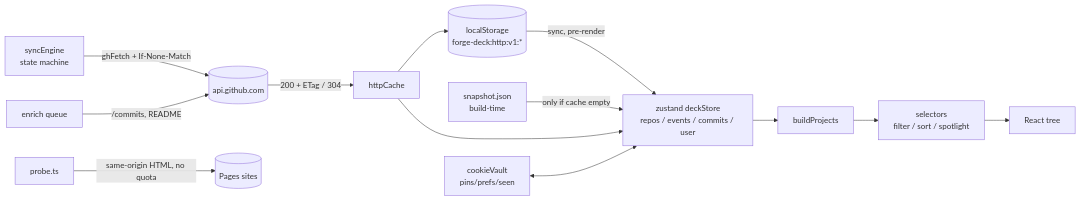
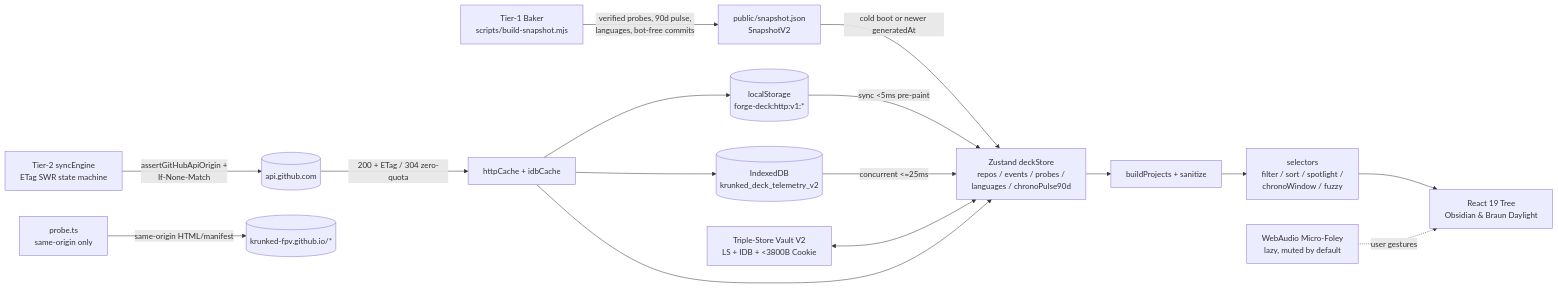
One commit to krunked-fpv/krunked-fpv.github.io changed the diagram in ARCHITECTURE.md. Above: the diagram before and after it, drawn with Mermaid. The commit also changed other lines of this file and 121 other files, not shown here.

````diff
--- a/ARCHITECTURE.md
+++ b/ARCHITECTURE.md
@@ -8,15 +9,18 @@
 ```mermaid
 flowchart LR
-  LS[(localStorage<br/>forge-deck:http:v1:*)] -->|sync, pre-render| STORE
-  SNAP[snapshot.json<br/>build-time] -->|only if cache empty| STORE
-  STORE[zustand deckStore<br/>repos / events / commits / user] --> BUILD[buildProjects]
-  BUILD --> SEL[selectors<br/>filter / sort / spotlight]
-  SEL --> UI[React tree]
-  SYNC[syncEngine<br/>state machine] -->|ghFetch + If-None-Match| GH[(api.github.com)]
-  GH -->|200 + ETag / 304| CACHE[httpCache]
+  CI[Tier-1 Baker<br/>scripts/build-snapshot.mjs] -->|verified probes, 90d pulse,<br/>languages, bot-free commits| SNAP[public/snapshot.json<br/>SnapshotV2]
+  LS[(localStorage<br/>forge-deck:http:v1:*)] -->|sync <5ms pre-paint| STORE
+  IDB[(IndexedDB<br/>krunked_deck_telemetry_v2)] -->|concurrent <=25ms| STORE
+  SNAP -->|cold boot or newer generatedAt| STORE
+  STORE[Zustand deckStore<br/>repos / events / probes /<br/>languages / chronoPulse90d] --> BUILD[buildProjects + sanitize]
+  BUILD --> SEL[selectors<br/>filter / sort / spotlight /<br/>chronoWindow / fuzzy]
+  SEL --> UI[React 19 Tree<br/>Obsidian & Braun Daylight]
+  SYNC[Tier-2 syncEngine<br/>ETag SWR state machine] -->|assertGitHubApiOrigin +<br/>If-None-Match| GH[(api.github.com)]
+  GH -->|200 + ETag / 304 zero-quota| CACHE[httpCache + idbCache]
   CACHE --> LS
+  CACHE --> IDB
   CACHE --> STORE
-  ENRICH[enrich queue] -->|/commits, README| GH
-  PROBE[probe.ts] -->|same-origin HTML, no quota| PAGES[(Pages sites)]
-  VAULT[cookieVault<br/>pins/prefs/seen] <--> STORE
+  PROBE[probe.ts<br/>same-origin only] -->|same-origin HTML/manifest| PAGES[(krunked-fpv.github.io/*)]
+  VAULT[Triple-Store Vault V2<br/>LS + IDB + <3800B Cookie] <--> STORE
+  FOLEY[WebAudio Micro-Foley<br/>lazy, muted by default] -.->|user gestures| UI
 ```
````
